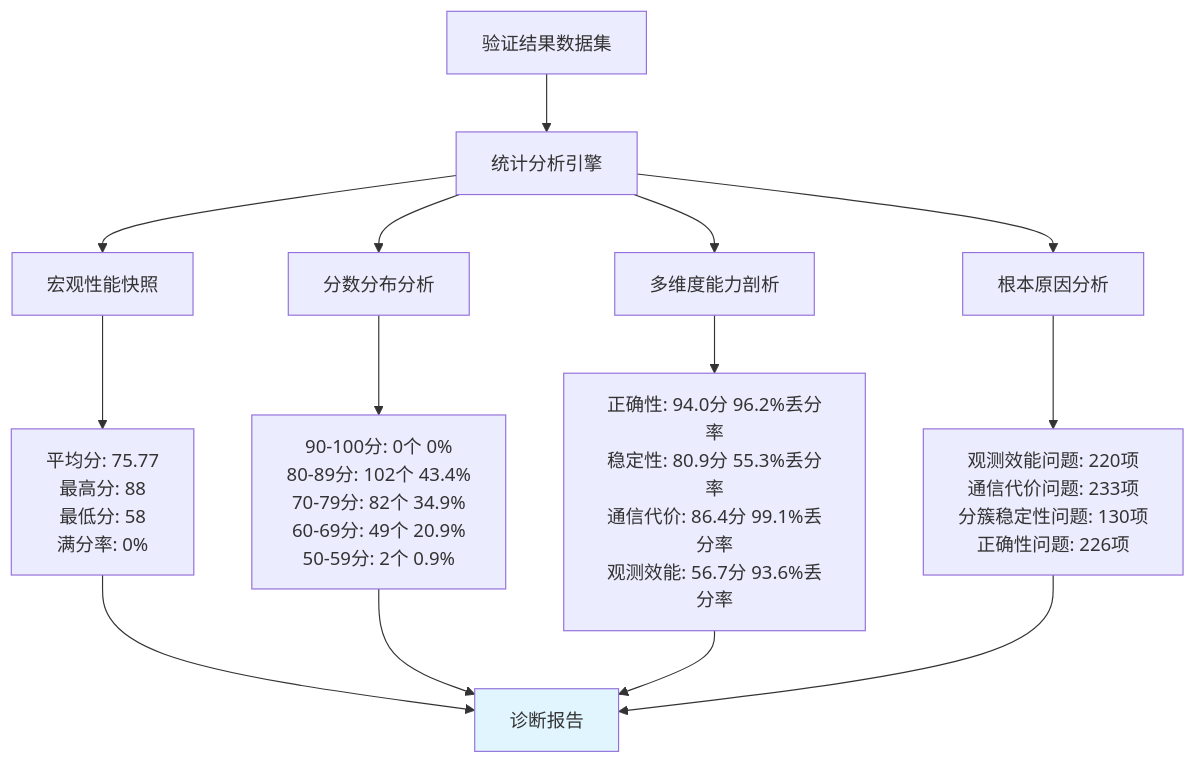
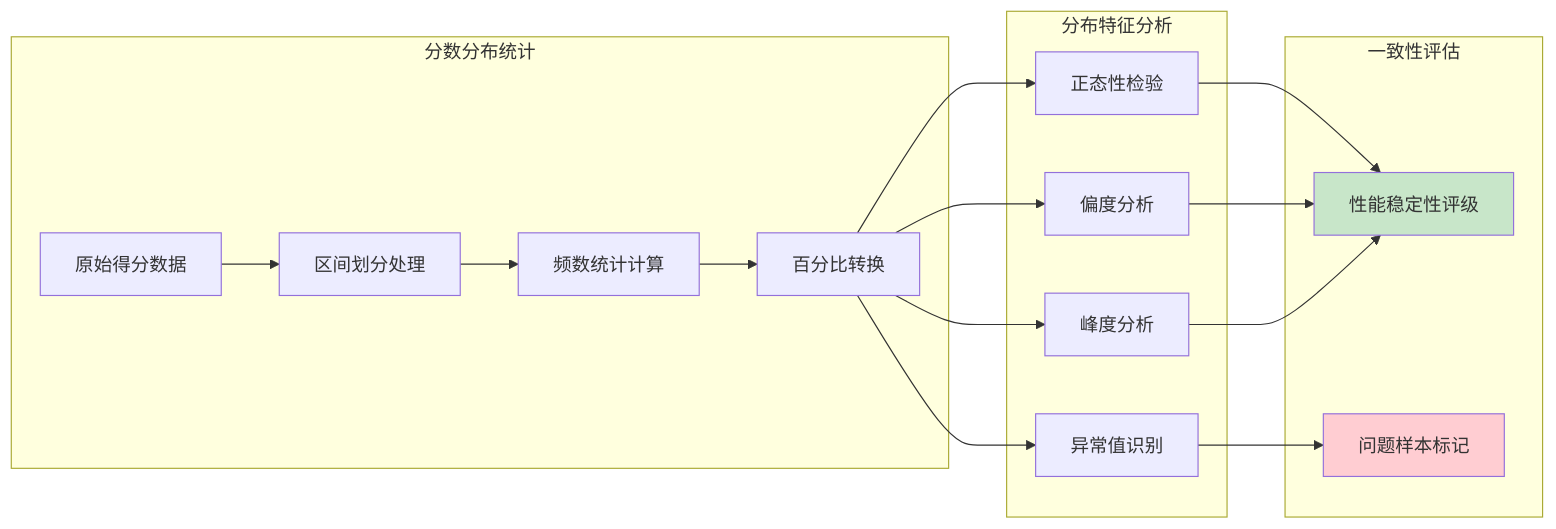
Diagram 29 of 30 in distill/VALIDATION_REPORT.md (sneiiler/stk_gen), drawn with Mermaid before and after one commit. The commit also changed other lines of this file, not shown here.

````diff
--- a/distill/VALIDATION_REPORT.md
+++ b/distill/VALIDATION_REPORT.md
@@ -714,24 +1197,25 @@
 ```mermaid
-graph TB
-    A[验证结果数据集] --> B[统计分析引擎]
+graph LR
+    subgraph "分数分布统计"
+        A[原始得分数据] --> B[区间划分处理]
+        B --> C[频数统计计算]
+        C --> D[百分比转换]
+    end
     
-    B --> C[宏观性能快照]
-    B --> D[分数分布分析]
-    B --> E[多维度能力剖析]
-    B --> F[根本原因分析]
+    subgraph "分布特征分析"
+        D --> E[正态性检验]
+        D --> F[偏度分析]
+        D --> G[峰度分析]
+        D --> H[异常值识别]
+    end
     
-    C --> G[平均分: 75.77<br/>最高分: 88<br/>最低分: 58<br/>满分率: 0%]
+    subgraph "一致性评估"
+        E --> I[性能稳定性评级]
+        F --> I
+        G --> I
+        H --> J[问题样本标记]
+    end
     
-    D --> H[90-100分: 0个 0%<br/>80-89分: 102个 43.4%<br/>70-79分: 82个 34.9%<br/>60-69分: 49个 20.9%<br/>50-59分: 2个 0.9%]
-    
-    E --> I[正确性: 94.0分 96.2%丢分率<br/>稳定性: 80.9分 55.3%丢分率<br/>通信代价: 86.4分 99.1%丢分率<br/>观测效能: 56.7分 93.6%丢分率]
-    
-    F --> J[观测效能问题: 220项<br/>通信代价问题: 233项<br/>分簇稳定性问题: 130项<br/>正确性问题: 226项]
-    
-    G --> K[诊断报告]
-    H --> K
-    I --> K
-    J --> K
-    
-    style K fill:#e1f5fe
+    style I fill:#c8e6c9
+    style J fill:#ffcdd2
 ```
````
